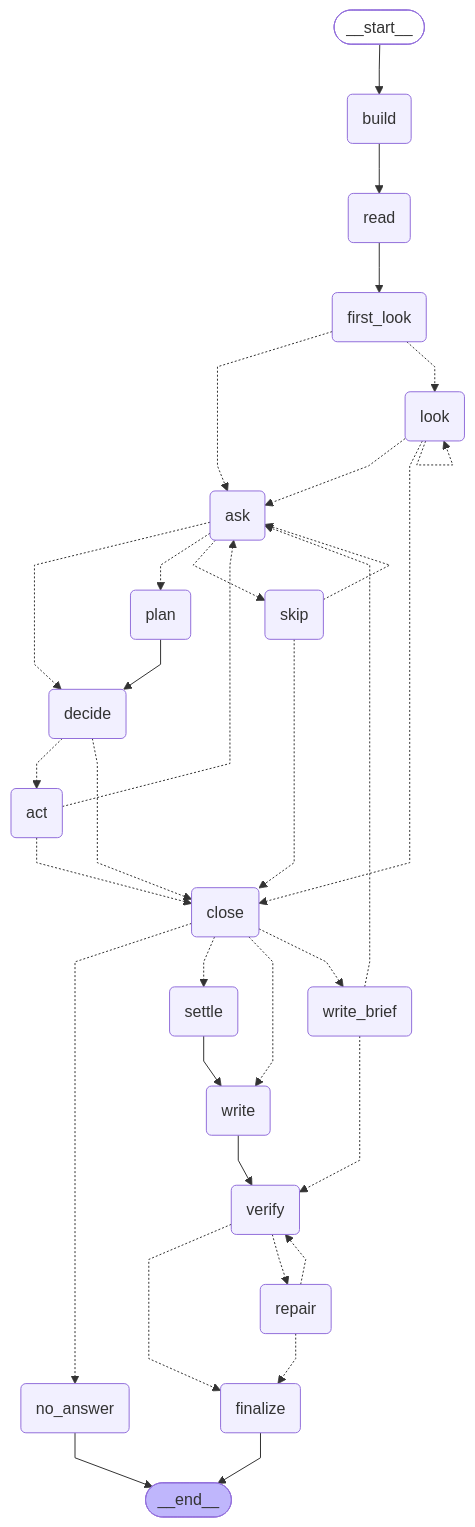
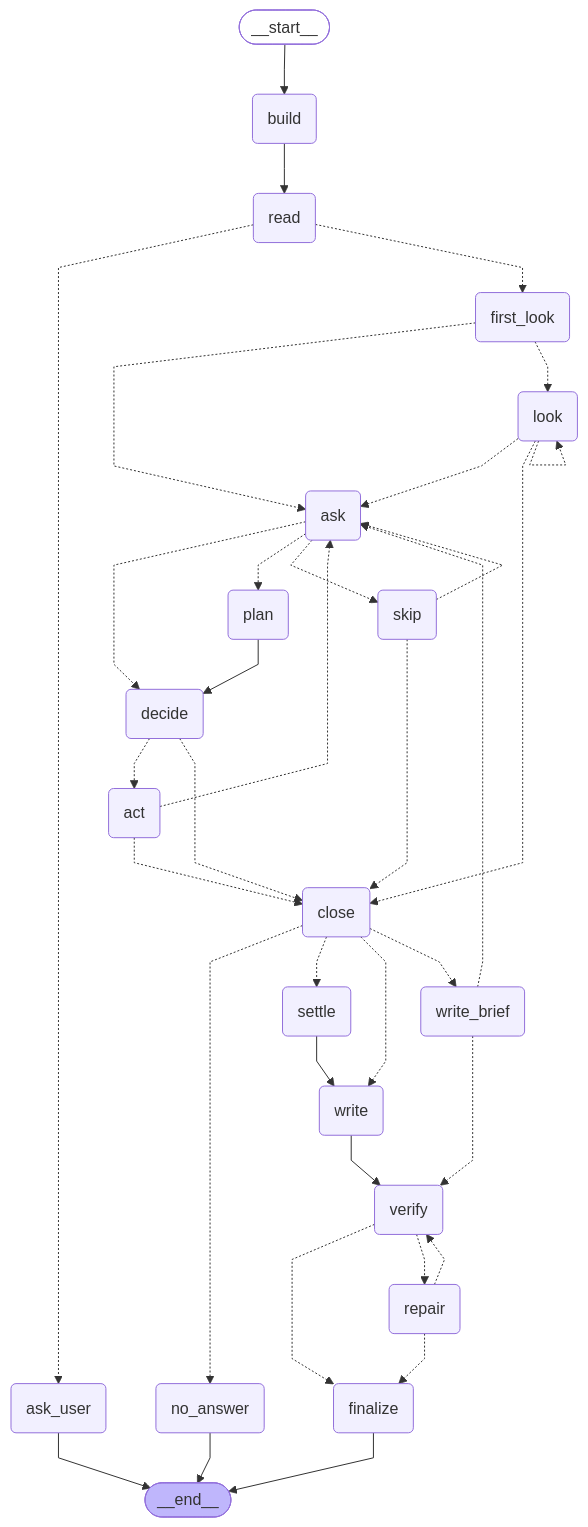
One commit to sambalshikhar/PetroHarness changed the diagram in docs/graph.mmd. Above: the diagram before and after it, drawn with Mermaid. The commit also changed 279 other files, not shown here.

```diff
--- a/docs/graph.mmd
+++ b/docs/graph.mmd
@@ -1,60 +1,63 @@
 ---
 config:
   flowchart:
     curve: linear
 ---
 graph TD;
 	__start__([<p>__start__</p>]):::first
 	build(build)
 	read(read)
 	first_look(first_look)
 	look(look)
 	ask(ask)
 	skip(skip)
 	plan(plan)
 	decide(decide)
 	act(act)
 	close(close)
 	no_answer(no_answer)
 	settle(settle)
 	write_brief(write_brief)
 	write(write)
 	verify(verify)
 	repair(repair)
 	finalize(finalize)
+	ask_user(ask_user)
 	__end__([<p>__end__</p>]):::last
 	__start__ --> build;
 	act -.-> ask;
 	act -.-> close;
 	ask -.-> decide;
 	ask -.-> plan;
 	ask -.-> skip;
 	build --> read;
 	close -.-> no_answer;
 	close -.-> settle;
 	close -.-> write;
 	close -.-> write_brief;
 	decide -.-> act;
 	decide -.-> close;
 	first_look -.-> ask;
 	first_look -.-> look;
 	look -.-> ask;
 	look -.-> close;
 	plan --> decide;
-	read --> first_look;
+	read -.-> ask_user;
+	read -.-> first_look;
 	repair -.-> finalize;
 	repair -.-> verify;
 	settle --> write;
 	skip -.-> ask;
 	skip -.-> close;
 	verify -.-> finalize;
 	verify -.-> repair;
 	write --> verify;
 	write_brief -.-> ask;
 	write_brief -.-> verify;
+	ask_user --> __end__;
 	finalize --> __end__;
 	no_answer --> __end__;
 	look -.-> look;
 	classDef default fill:#f2f0ff,line-height:1.2
 	classDef first fill-opacity:0
 	classDef last fill:#bfb6fc
```
